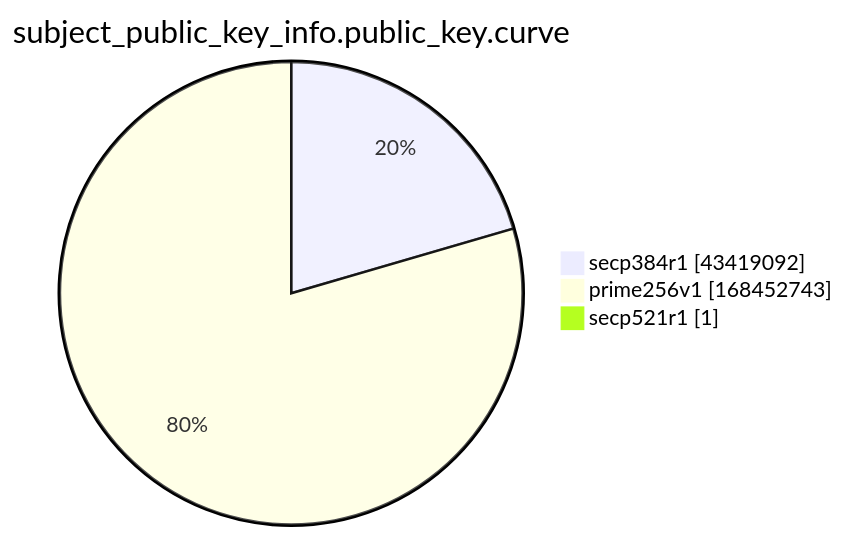
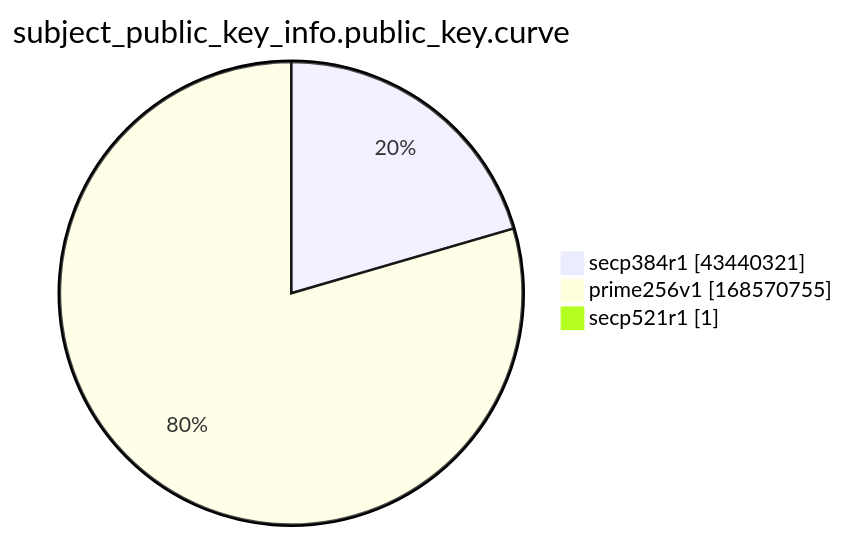
One commit to christiankrug/ctmonitor_visualization changed the ninth of 15 diagrams in xenon2022/README.md. Above: the diagram before and after it, drawn with Mermaid. The commit also changed other lines of this file, not shown here.

````diff
--- a/xenon2022/README.md
+++ b/xenon2022/README.md
@@ -2870,7 +2870,7 @@
 ```mermaid
 pie showData
 title subject_public_key_info.public_key.curve
-"secp384r1" :43419092
-"prime256v1" :168452743
+"secp384r1" :43440321
+"prime256v1" :168570755
 "secp521r1" :1
 ```
````
